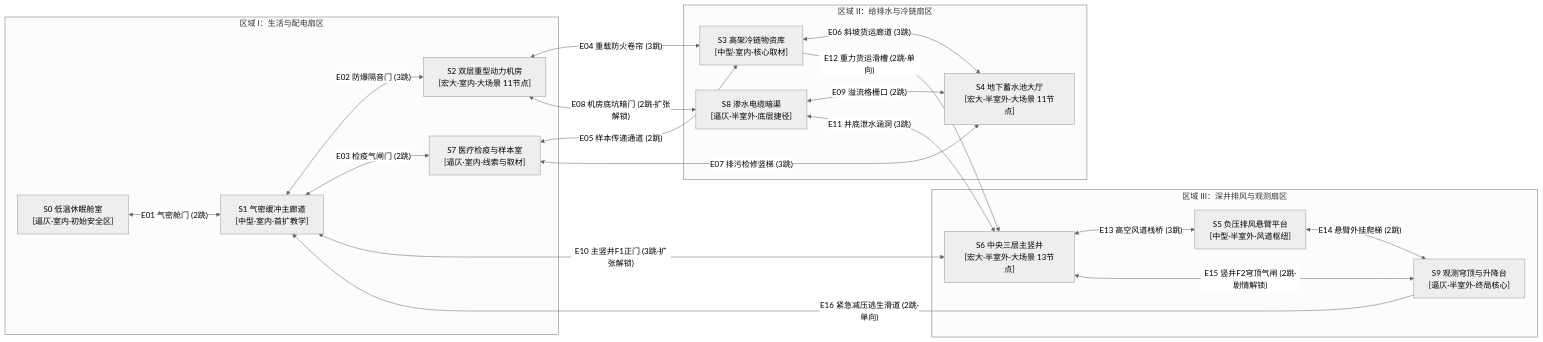
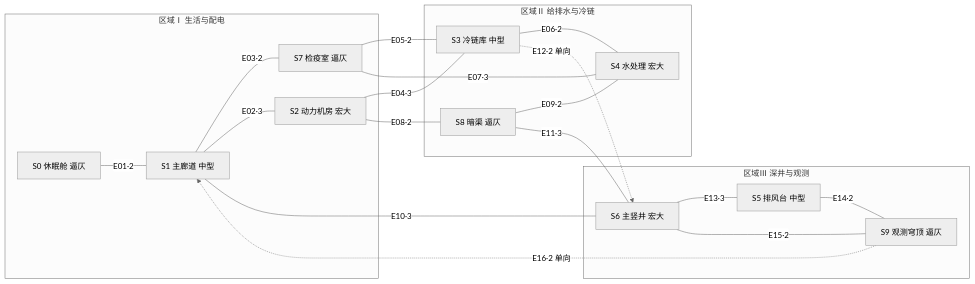
One commit to cehnhaiyang/better-dsh changed the second of 2 diagrams in task.md. Above: the diagram before and after it, drawn with Mermaid (neutral theme). The commit also changed other lines of this file and 12 other files, not shown here.

````diff
--- a/task.md
+++ b/task.md
@@ -209,38 +284,25 @@
 ```mermaid
-graph LR
-    subgraph Sector_I [区域 I：生活与配电扇区]
-        S0["S0 低温休眠舱室<br/>[逼仄·室内·初始安全区]"]
-        S1["S1 气密缓冲主廊道<br/>[中型·室内·首扩教学]"]
-        S2["S2 双层重型动力机房<br/>[宏大·室内·大场景 11节点]"]
-        S7["S7 医疗检疫与样本室<br/>[逼仄·室内·线索与取材]"]
-    end
-
-    subgraph Sector_II [区域 II：给排水与冷链扇区]
-        S3["S3 高架冷链物资库<br/>[中型·室内·核心取材]"]
-        S4["S4 地下蓄水池大厅<br/>[宏大·半室外·大场景 11节点]"]
-        S8["S8 渗水电缆暗渠<br/>[逼仄·半室外·底层捷径]"]
-    end
-
-    subgraph Sector_III [区域 III：深井排风与观测扇区]
-        S6["S6 中央三层主竖井<br/>[宏大·半室外·大场景 13节点]"]
-        S5["S5 负压排风悬臂平台<br/>[中型·半室外·风道枢纽]"]
-        S9["S9 观测穹顶与升降台<br/>[逼仄·半室外·终局核心]"]
-    end
-
-    S0 <-->|"E01 气密舱门 (2跳)"| S1
-    S1 <-->|"E02 防爆隔音门 (3跳)"| S2
-    S1 <-->|"E03 检疫气闸门 (2跳)"| S7
-    S2 <-->|"E04 重载防火卷帘 (3跳)"| S3
-    S7 <-->|"E05 样本传递通道 (2跳)"| S3
-    S3 <-->|"E06 斜坡货运廊道 (3跳)"| S4
-    S7 <-->|"E07 排污检修竖梯 (3跳)"| S4
-    S2 <-->|"E08 机房底坑暗门 (2跳·扩张解锁)"| S8
-    S8 <-->|"E09 溢流格栅口 (2跳)"| S4
-    S1 <-->|"E10 主竖井F1正门 (3跳·扩张解锁)"| S6
-    S8 <-->|"E11 井底泄水涵洞 (3跳)"| S6
-    S3 -->|"E12 重力货运滑槽 (2跳·单向)"| S6
-    S6 <-->|"E13 高空风道栈桥 (3跳)"| S5
-    S5 <-->|"E14 悬臂外挂爬梯 (2跳)"| S9
-    S6 <-->|"E15 竖井F2穹顶气闸 (2跳·剧情解锁)"| S9
-    S9 -->|"E16 紧急减压逃生滑道 (2跳·单向)"| S1
+flowchart LR
+  subgraph R1[区域Ⅰ 生活与配电]
+    S0[S0 休眠舱 逼仄] ---|E01·2| S1[S1 主廊道 中型]
+    S1 ---|E03·2| S7[S7 检疫室 逼仄]
+    S1 ---|E02·3| S2[S2 动力机房 宏大]
+  end
+  subgraph R2[区域Ⅱ 给排水与冷链]
+    S3[S3 冷链库 中型] ---|E06·2| S4[S4 水处理 宏大]
+    S8[S8 暗渠 逼仄] ---|E09·2| S4
+  end
+  subgraph R3[区域Ⅲ 深井与观测]
+    S6[S6 主竖井 宏大] ---|E13·3| S5[S5 排风台 中型]
+    S5 ---|E14·2| S9[S9 观测穹顶 逼仄]
+    S6 ---|E15·2| S9
+  end
+  S2 ---|E04·3| S3
+  S7 ---|E05·2| S3
+  S7 ---|E07·3| S4
+  S2 ---|E08·2| S8
+  S1 ---|E10·3| S6
+  S8 ---|E11·3| S6
+  S3 -.->|E12·2 单向| S6
+  S9 -.->|E16·2 单向| S1
 ```
````
